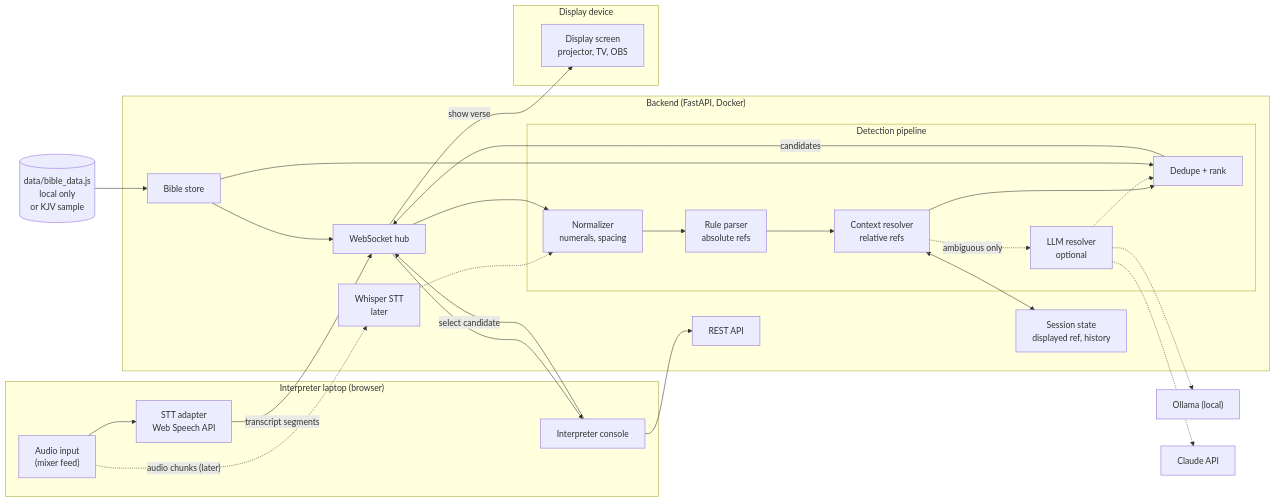
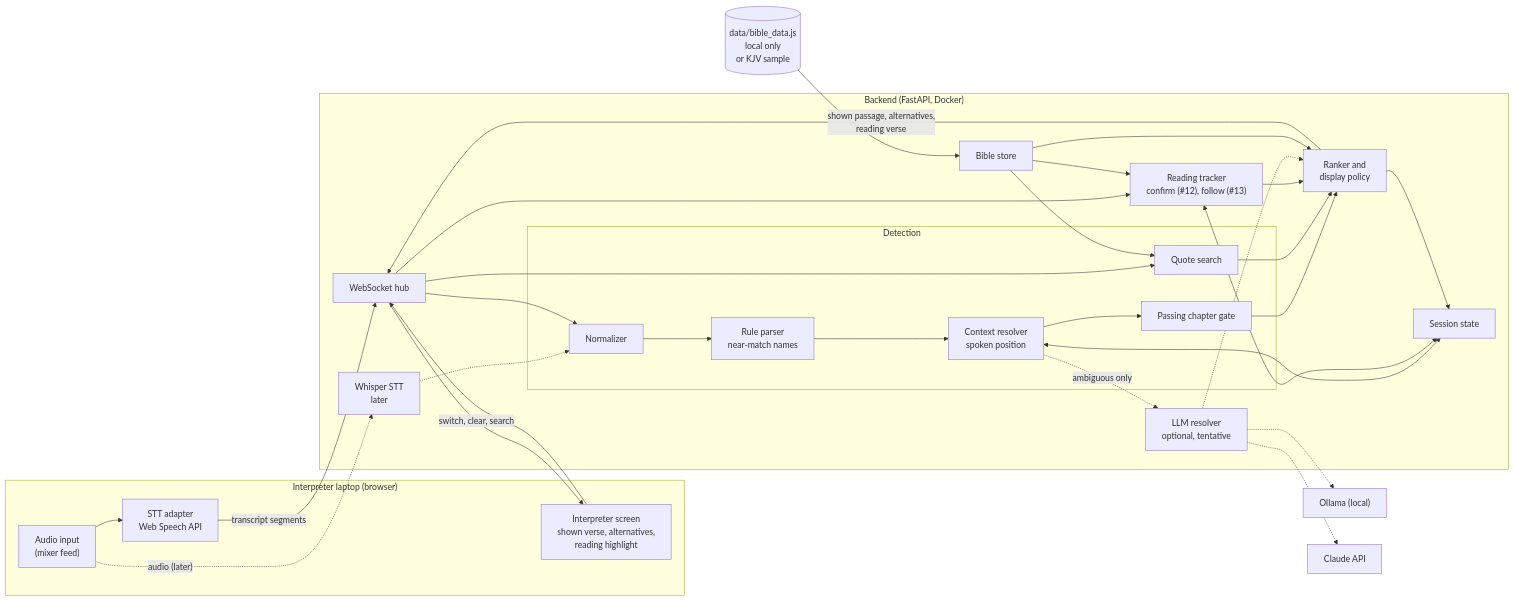
The first of 2 diagrams in docs/realtime-design.md (rkim9125/LiveVerse), drawn with Mermaid before and after one commit. The commit also changed other lines of this file and 3 other files, not shown here.

First line of the commit message:
Design v2: interpreter-only screen, best guess shown at once, reading confirmation and follow

````diff
--- a/docs/realtime-design.md
+++ b/docs/realtime-design.md
@@ -27,49 +43,50 @@
 ```mermaid
 flowchart LR
-    subgraph Booth["Interpreter laptop (browser)"]
+    subgraph Laptop["Interpreter laptop (browser)"]
         MIC["Audio input<br/>(mixer feed)"]
         STT["STT adapter<br/>Web Speech API"]
-        CON["Interpreter console"]
+        SCREEN["Interpreter screen<br/>shown verse, alternatives,<br/>reading highlight"]
     end
 
     subgraph Server["Backend (FastAPI, Docker)"]
         WS["WebSocket hub"]
-        REST["REST API"]
-        subgraph Detect["Detection pipeline"]
-            NORM["Normalizer<br/>numerals, spacing"]
-            RULE["Rule parser<br/>absolute refs"]
-            CTX["Context resolver<br/>relative refs"]
-            LLM["LLM resolver<br/>optional"]
-            RANK["Dedupe + rank"]
+        subgraph Detect["Detection"]
+            NORM["Normalizer"]
+            RULE["Rule parser<br/>near-match names"]
+            CTX["Context resolver<br/>spoken position"]
+            GATE["Passing chapter gate"]
+            QUOTE["Quote search"]
         end
-        SESS["Session state<br/>displayed ref, history"]
+        READ["Reading tracker<br/>confirm (#12), follow (#13)"]
+        LLM["LLM resolver<br/>optional, tentative"]
+        RANK["Ranker and<br/>display policy"]
+        SESS["Session state"]
         STORE["Bible store"]
         WHISPER["Whisper STT<br/>later"]
-    end
-
-    subgraph Out["Display device"]
-        DISP["Display screen<br/>projector, TV, OBS"]
     end
 
     DATA[("data/bible_data.js<br/>local only<br/>or KJV sample")]
     OLLAMA["Ollama (local)"]
     CLAUDE["Claude API"]
 
     MIC --> STT
     STT -- "transcript segments" --> WS
-    MIC -. "audio chunks (later)" .-> WHISPER
+    MIC -. "audio (later)" .-> WHISPER
     WHISPER -.-> NORM
-    WS --> NORM --> RULE --> CTX --> RANK
+    WS --> NORM --> RULE --> CTX --> GATE --> RANK
+    WS --> QUOTE --> RANK
+    WS --> READ --> RANK
     CTX -. "ambiguous only" .-> LLM
     LLM -.-> RANK
     LLM -.-> OLLAMA
     LLM -.-> CLAUDE
     CTX <--> SESS
-    RANK -- "candidates" --> WS --> CON
-    CON -- "select candidate" --> WS
-    WS -- "show verse" --> DISP
+    READ <--> SESS
+    RANK --> SESS
+    RANK -- "shown passage, alternatives,<br/>reading verse" --> WS --> SCREEN
+    SCREEN -- "switch, clear, search" --> WS
+    DATA --> STORE
+    STORE --> QUOTE
+    STORE --> READ
     STORE --> RANK
-    STORE --> WS
-    DATA --> STORE
-    CON --> REST
 ```
````
